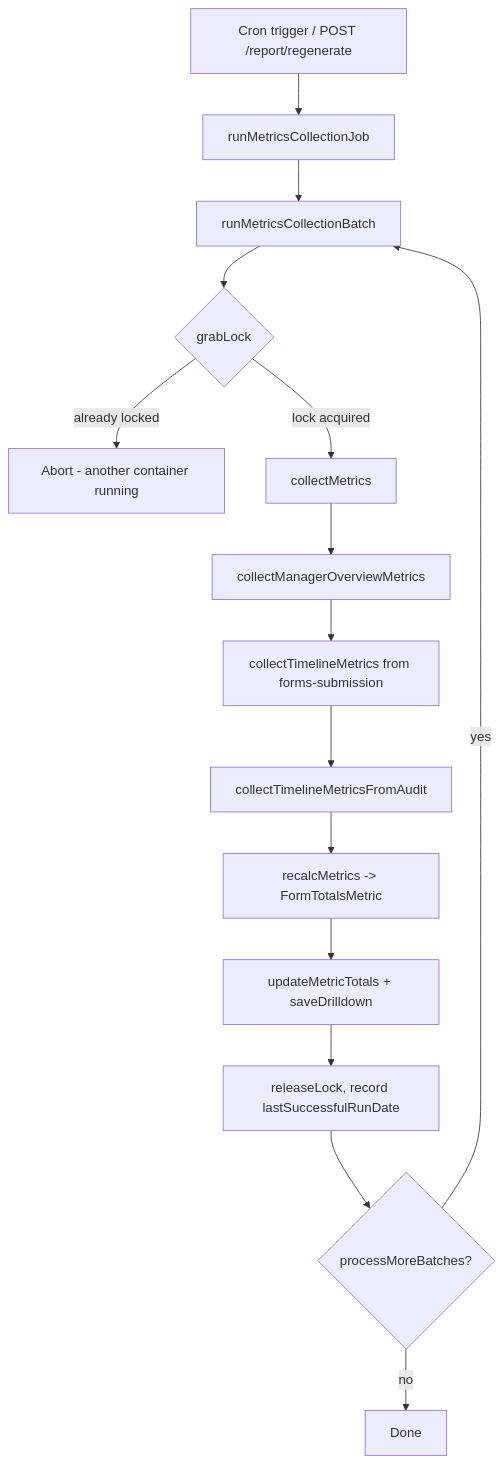
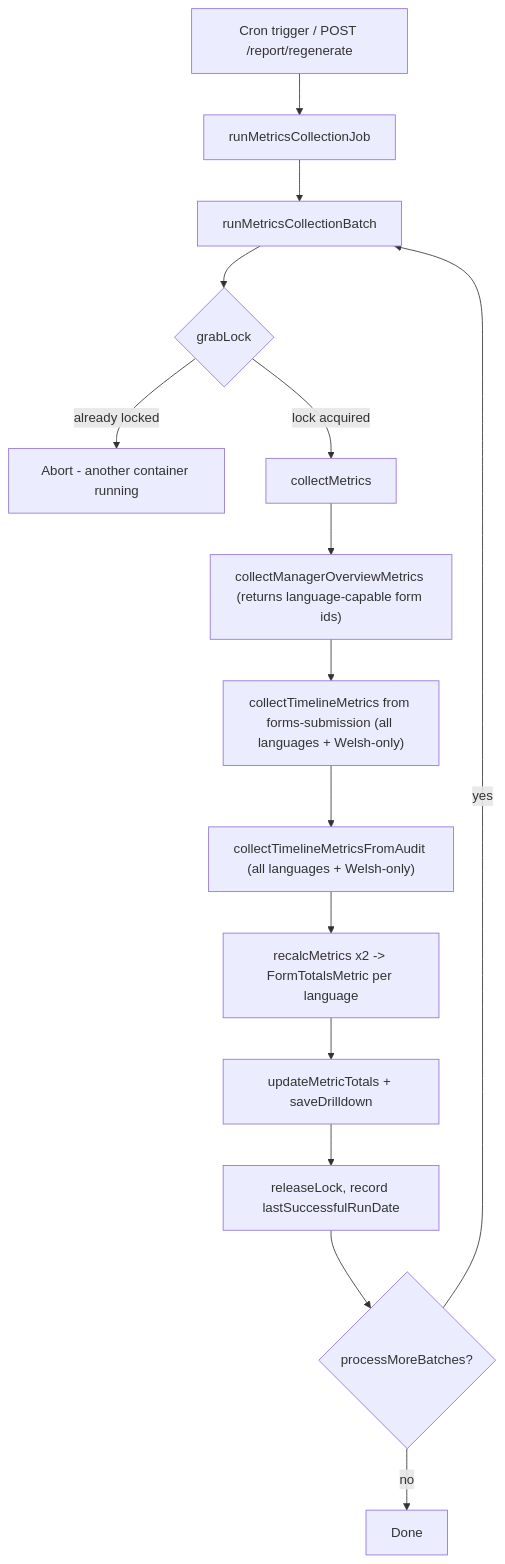
The first of 2 diagrams in docs/metrics-reporting.md (DEFRA/forms-audit-api), drawn with Mermaid before and after one commit. The commit also changed other lines of this file and 8 other files, not shown here.

````diff
--- a/docs/metrics-reporting.md
+++ b/docs/metrics-reporting.md
@@ -122,17 +129,17 @@
 ```mermaid
 flowchart TD
     A[Cron trigger / POST /report/regenerate] --> B[runMetricsCollectionJob]
     B --> C[runMetricsCollectionBatch]
     C --> D{grabLock}
     D -- already locked --> Z[Abort - another container running]
     D -- lock acquired --> E[collectMetrics]
-    E --> F[collectManagerOverviewMetrics]
-    F --> G[collectTimelineMetrics from forms-submission]
-    G --> H[collectTimelineMetricsFromAudit]
-    H --> I[recalcMetrics -> FormTotalsMetric]
+    E --> F["collectManagerOverviewMetrics (returns language-capable form ids)"]
+    F --> G["collectTimelineMetrics from forms-submission (all languages + Welsh-only)"]
+    G --> H["collectTimelineMetricsFromAudit (all languages + Welsh-only)"]
+    H --> I["recalcMetrics x2 -> FormTotalsMetric per language"]
     I --> J[updateMetricTotals + saveDrilldown]
     J --> K[releaseLock, record lastSuccessfulRunDate]
     K --> L{processMoreBatches?}
     L -- yes --> C
     L -- no --> M[Done]
 ```
````
